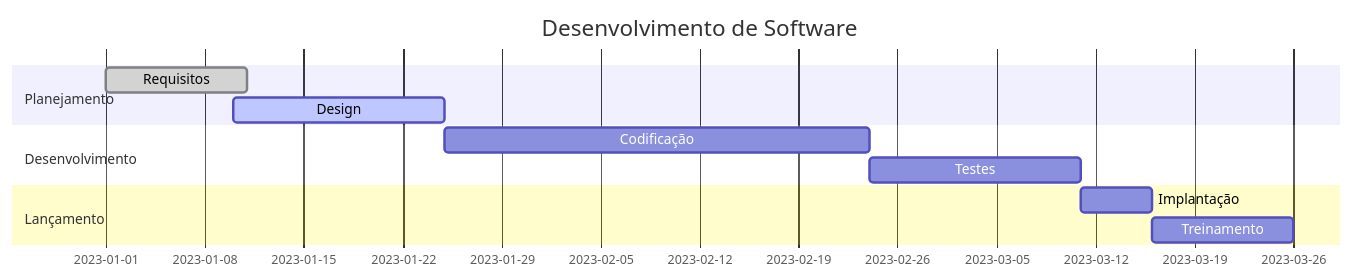
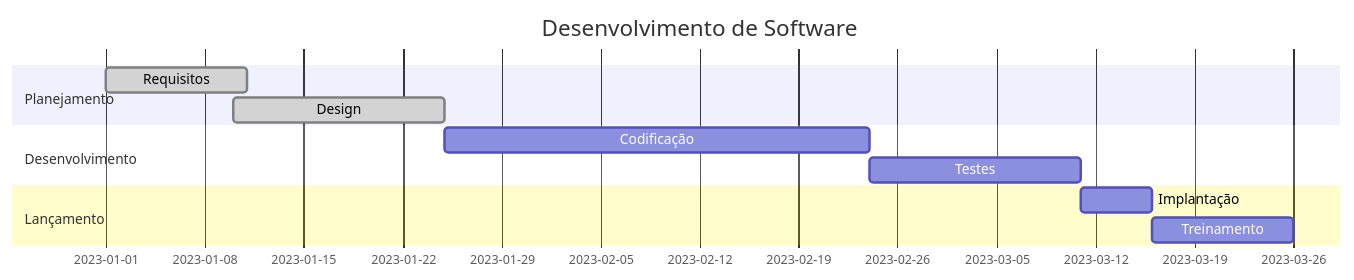
Before and after one commit to ramtrigodev/grafico_gant: the first of 3 diagrams in README.md, drawn with Mermaid.

````diff
--- a/README.md
+++ b/README.md
@@ -2,22 +2,22 @@
 ```mermaid
     gantt
 
     title Desenvolvimento de Software
     dateFormat  YYYY-MM-DD
     
     section Planejamento
     Requisitos      :done, req, 2023-01-01, 10d
-    Design          :active, des, 2023-01-10, 15d
+    Design          :done, des, 2023-01-10, 15d
     
     section Desenvolvimento
     Codificação     :dev, 2023-01-25, 30d
     Testes          :test, after dev, 15d
     
     section Lançamento
     Implantação     :dep, after test, 5d
     Treinamento     :tra, after dep, 10d
 
 
 
   
 ```
````
